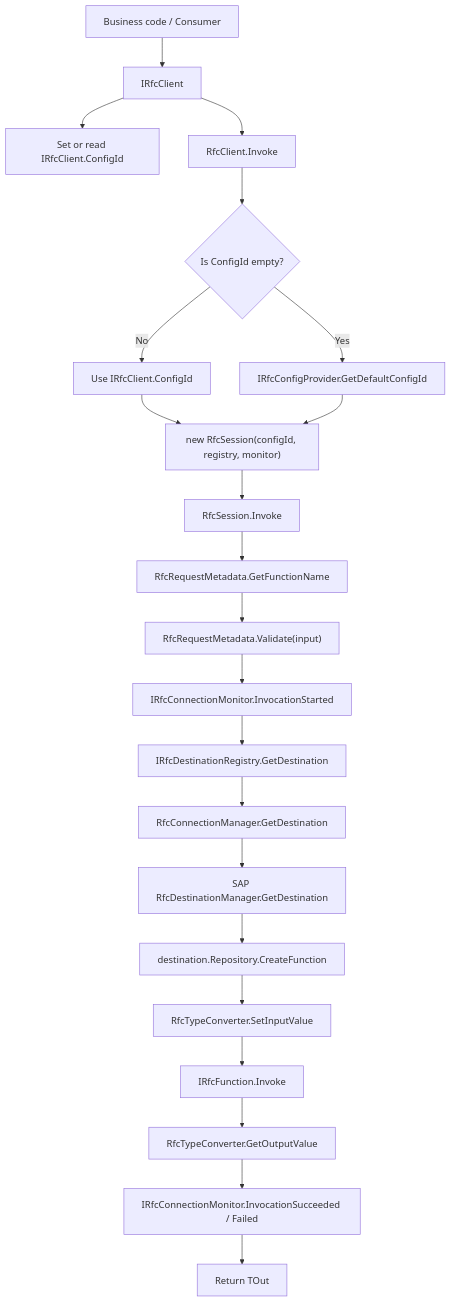
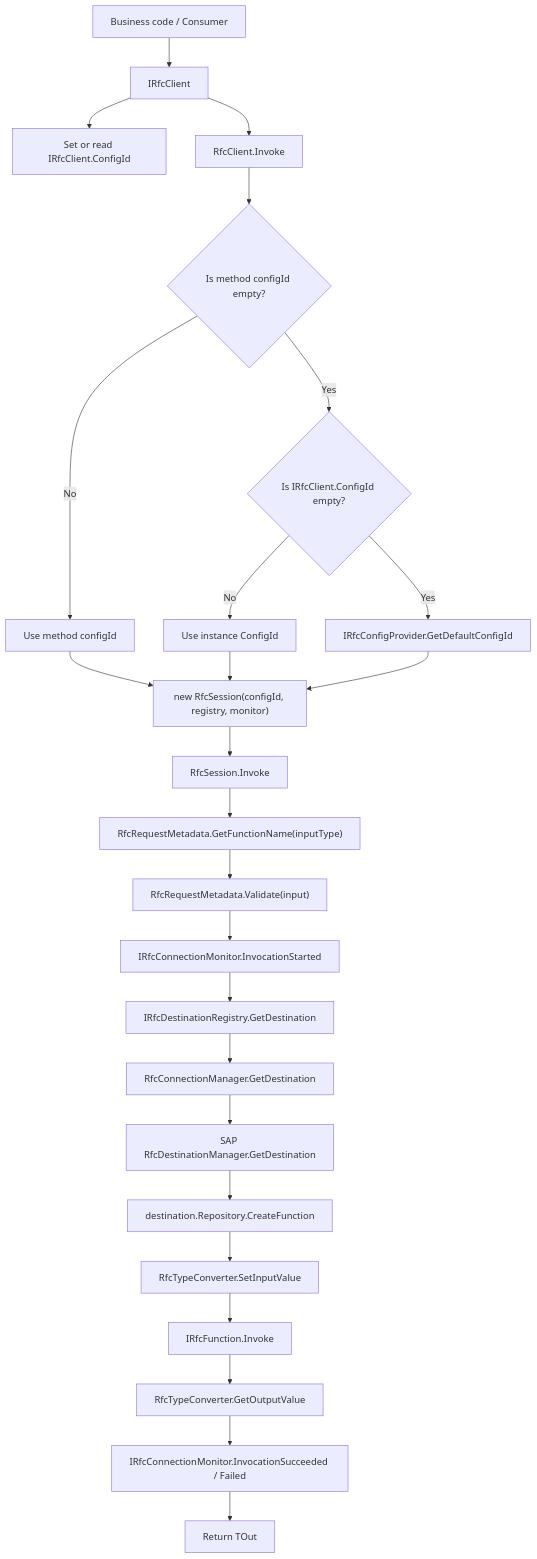
The first of 5 diagrams in docs/file-dependency-roadmap.en-US.md (Mitzh/RfcClient), drawn with Mermaid before and after one commit. The commit also changed other lines of this file and 10 other files, not shown here.

````diff
--- a/docs/file-dependency-roadmap.en-US.md
+++ b/docs/file-dependency-roadmap.en-US.md
@@ -55,24 +64,27 @@
 ```mermaid
 flowchart TD
     A["Business code / Consumer"] --> B["IRfcClient"]
     B --> C["Set or read IRfcClient.ConfigId"]
     B --> D["RfcClient.Invoke"]
-    D --> E{"Is ConfigId empty?"}
-    E -- "No" --> F["Use IRfcClient.ConfigId"]
-    E -- "Yes" --> G["IRfcConfigProvider.GetDefaultConfigId"]
-    F --> H["new RfcSession(configId, registry, monitor)"]
-    G --> H
-    H --> I["RfcSession.Invoke"]
-    I --> J["RfcRequestMetadata.GetFunctionName<TIn>"]
-    J --> K["RfcRequestMetadata.Validate(input)"]
-    K --> L["IRfcConnectionMonitor.InvocationStarted"]
-    L --> M["IRfcDestinationRegistry.GetDestination"]
-    M --> N["RfcConnectionManager.GetDestination"]
-    N --> O["SAP RfcDestinationManager.GetDestination"]
-    O --> P["destination.Repository.CreateFunction"]
-    P --> Q["RfcTypeConverter.SetInputValue"]
-    Q --> R["IRfcFunction.Invoke"]
-    R --> S["RfcTypeConverter.GetOutputValue<TOut>"]
-    S --> T["IRfcConnectionMonitor.InvocationSucceeded / Failed"]
-    T --> U["Return TOut"]
+    D --> E{"Is method configId empty?"}
+    E -- "No" --> F["Use method configId"]
+    E -- "Yes" --> G{"Is IRfcClient.ConfigId empty?"}
+    G -- "No" --> H["Use instance ConfigId"]
+    G -- "Yes" --> I["IRfcConfigProvider.GetDefaultConfigId"]
+    F --> J["new RfcSession(configId, registry, monitor)"]
+    H --> J
+    I --> J
+    J --> K["RfcSession.Invoke"]
+    K --> L["RfcRequestMetadata.GetFunctionName(inputType)"]
+    L --> M["RfcRequestMetadata.Validate(input)"]
+    M --> N["IRfcConnectionMonitor.InvocationStarted"]
+    N --> O["IRfcDestinationRegistry.GetDestination"]
+    O --> P["RfcConnectionManager.GetDestination"]
+    P --> Q["SAP RfcDestinationManager.GetDestination"]
+    Q --> R["destination.Repository.CreateFunction"]
+    R --> S["RfcTypeConverter.SetInputValue"]
+    S --> T["IRfcFunction.Invoke"]
+    T --> U["RfcTypeConverter.GetOutputValue<TOut>"]
+    U --> V["IRfcConnectionMonitor.InvocationSucceeded / Failed"]
+    V --> W["Return TOut"]
 ```
````
